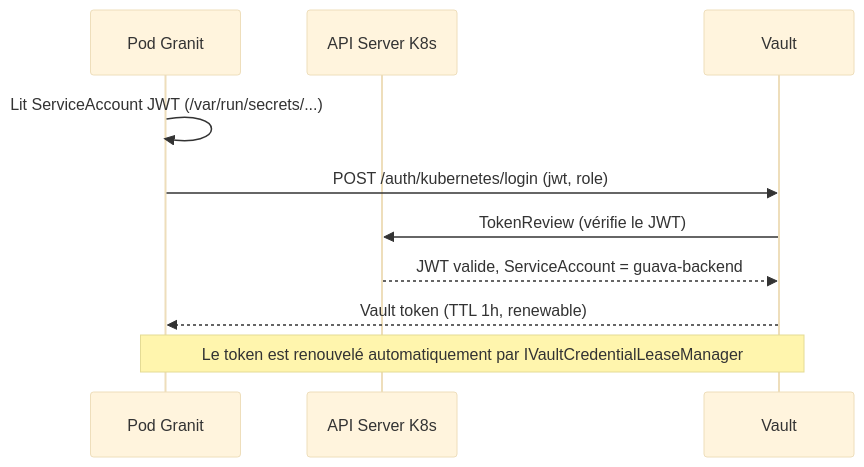
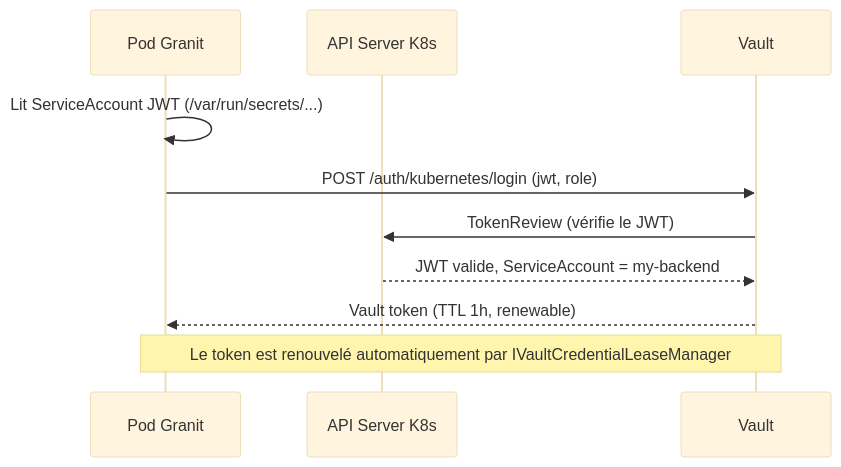
One commit to enraiz/granit-dotnet changed the second of 3 diagrams in docs/deployment/configuration-vault.md. Above: the diagram before and after it, drawn with Mermaid (base theme). The commit also changed other lines of this file and 85 other files, not shown here.

````diff
--- a/docs/deployment/configuration-vault.md
+++ b/docs/deployment/configuration-vault.md
@@ -39,13 +39,13 @@
 ```mermaid
 sequenceDiagram
     participant POD as Pod Granit
     participant K8S as API Server K8s
     participant VAULT as Vault
 
     POD->>POD: Lit ServiceAccount JWT (/var/run/secrets/...)
     POD->>VAULT: POST /auth/kubernetes/login (jwt, role)
     VAULT->>K8S: TokenReview (vérifie le JWT)
-    K8S-->>VAULT: JWT valide, ServiceAccount = guava-backend
+    K8S-->>VAULT: JWT valide, ServiceAccount = my-backend
     VAULT-->>POD: Vault token (TTL 1h, renewable)
     Note over POD,VAULT: Le token est renouvelé automatiquement par IVaultCredentialLeaseManager
 ```
````
